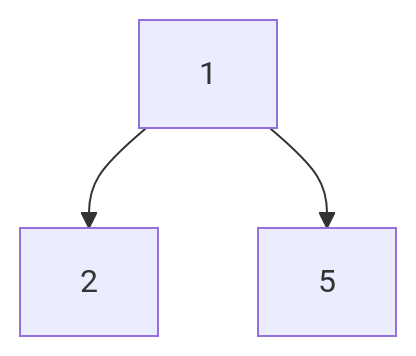
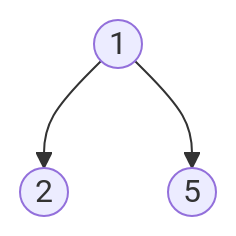
Before and after one commit to 3strategy/BeautifulMivney: the second of 15 diagrams in cst/6binnode/Ex6a2binnode.md, drawn with Mermaid. The commit also changed other lines of this file and 3 other files, not shown here.

````diff
--- a/cst/6binnode/Ex6a2binnode.md
+++ b/cst/6binnode/Ex6a2binnode.md
@@ -40,5 +40,5 @@
     ```mermaid
     flowchart TB
-      A[1] --> B[2]:::leaf
-      A --> C[5]:::leaf
+      A((1)) --> B((2)):::leaf
+      A --> C((5)):::leaf
     ```
````
